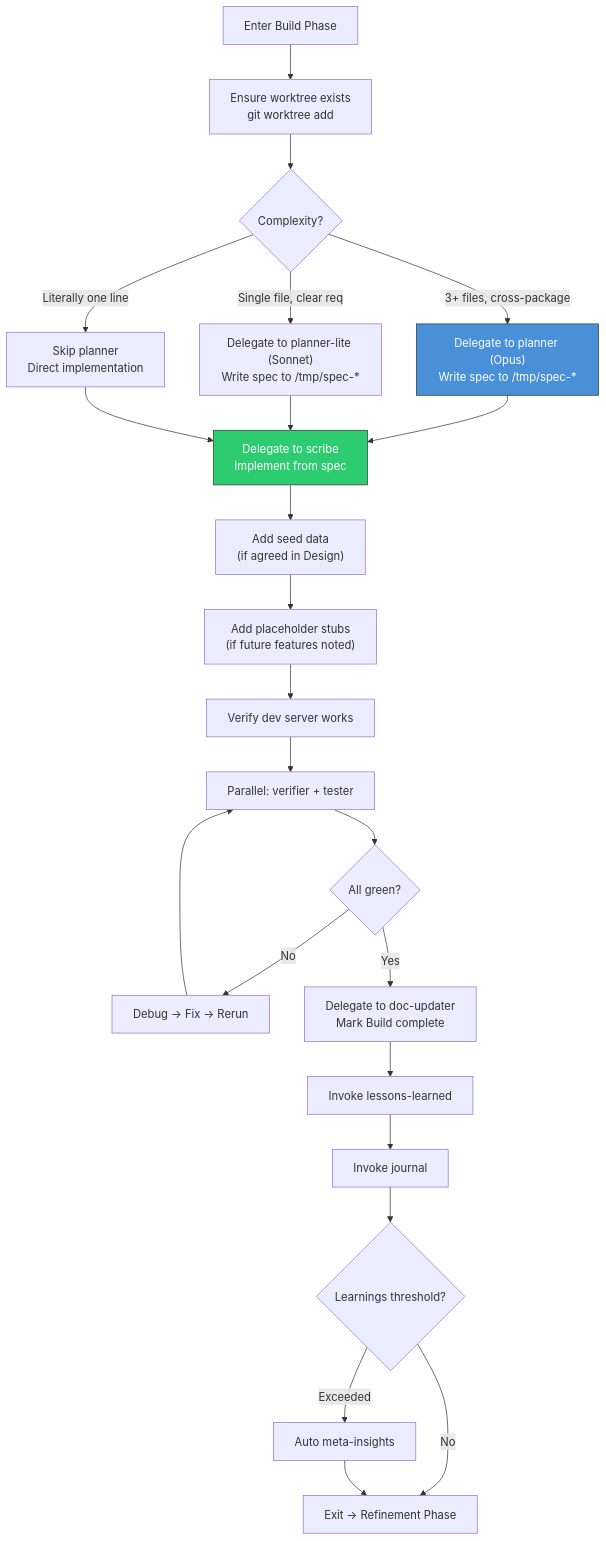
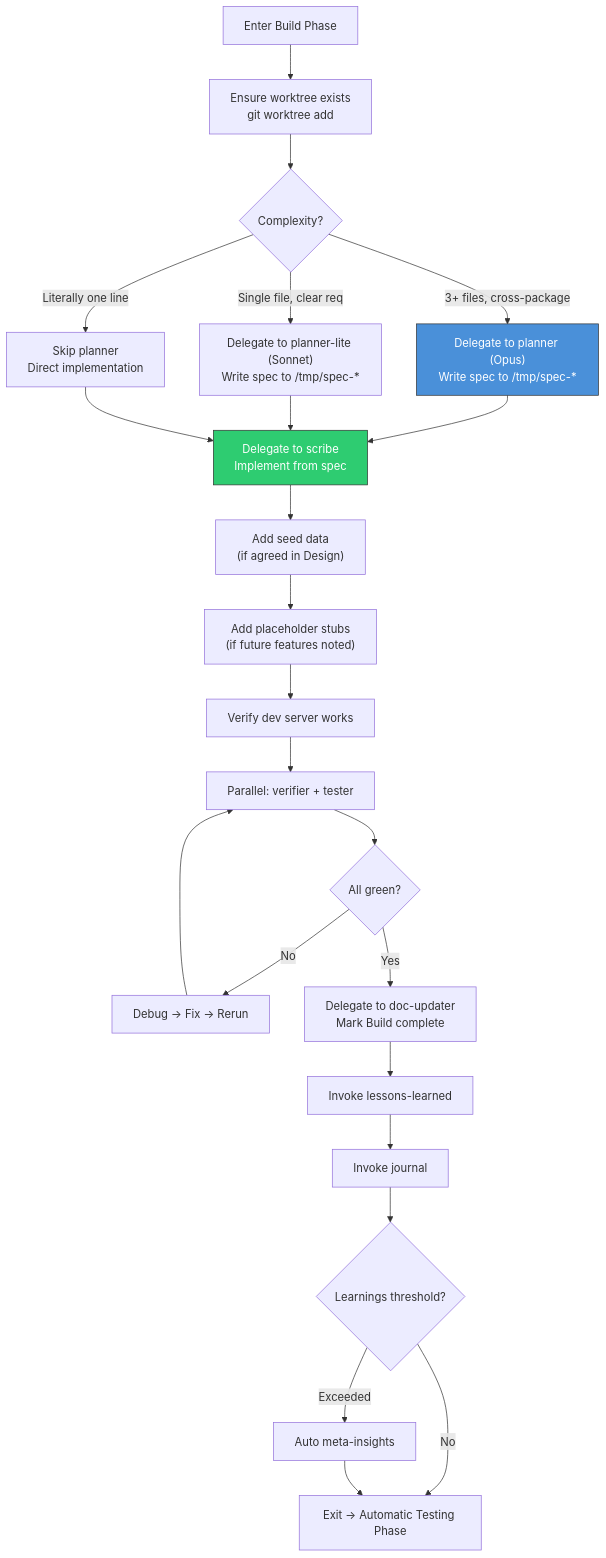
The tenth of 24 diagrams in docs/plans/2026-02-16-kanban-workflow-end-state.md (jakekausler/claude-code-workflow), drawn with Mermaid before and after one commit. The commit also changed other lines of this file, not shown here.

Commit message:
docs: update end-state vision with modularity architecture and column renames

````diff
--- a/docs/plans/2026-02-16-kanban-workflow-end-state.md
+++ b/docs/plans/2026-02-16-kanban-workflow-end-state.md
@@ -499,32 +500,32 @@
 ```mermaid
 flowchart TD
     A[Enter Build Phase] --> B["Ensure worktree exists<br/>git worktree add"]
     B --> C{Complexity?}
     C -->|"3+ files, cross-package"| D["Delegate to planner (Opus)<br/>Write spec to /tmp/spec-*"]
     C -->|"Single file, clear req"| E["Delegate to planner-lite (Sonnet)<br/>Write spec to /tmp/spec-*"]
     C -->|"Literally one line"| F["Skip planner<br/>Direct implementation"]
 
     D --> G["Delegate to scribe<br/>Implement from spec"]
     E --> G
     F --> G
 
     G --> H["Add seed data<br/>(if agreed in Design)"]
     H --> I["Add placeholder stubs<br/>(if future features noted)"]
     I --> J["Verify dev server works"]
     J --> K["Parallel: verifier + tester"]
 
     K --> L{All green?}
     L -->|No| M["Debug → Fix → Rerun"]
     M --> K
     L -->|Yes| N["Delegate to doc-updater<br/>Mark Build complete"]
 
     N --> O["Invoke lessons-learned"]
     O --> P["Invoke journal"]
     P --> Q{Learnings threshold?}
     Q -->|Exceeded| R["Auto meta-insights"]
-    Q -->|No| S["Exit → Refinement Phase"]
+    Q -->|No| S["Exit → Automatic Testing Phase"]
     R --> S
 
     style D fill:#4a90d9,stroke:#333,color:#fff
     style G fill:#2ecc71,stroke:#333,color:#fff
 ```
````
